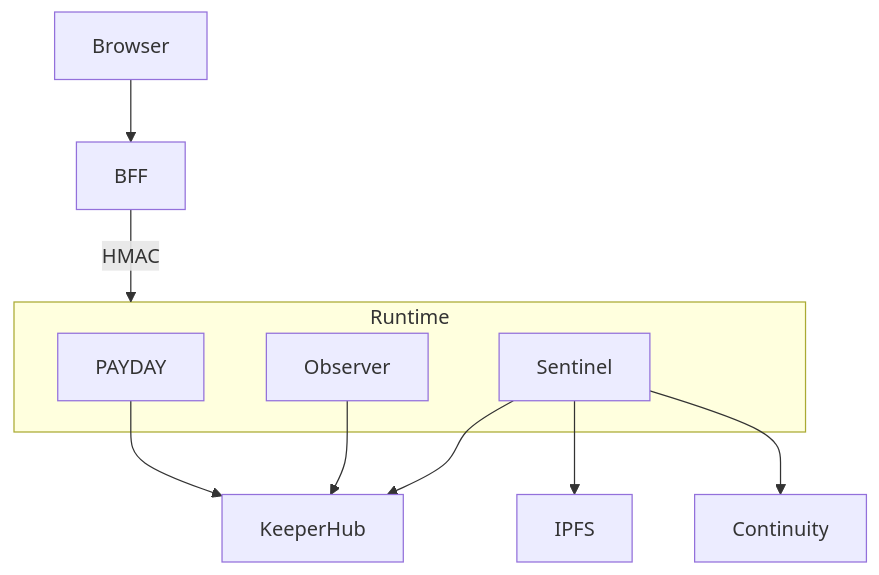
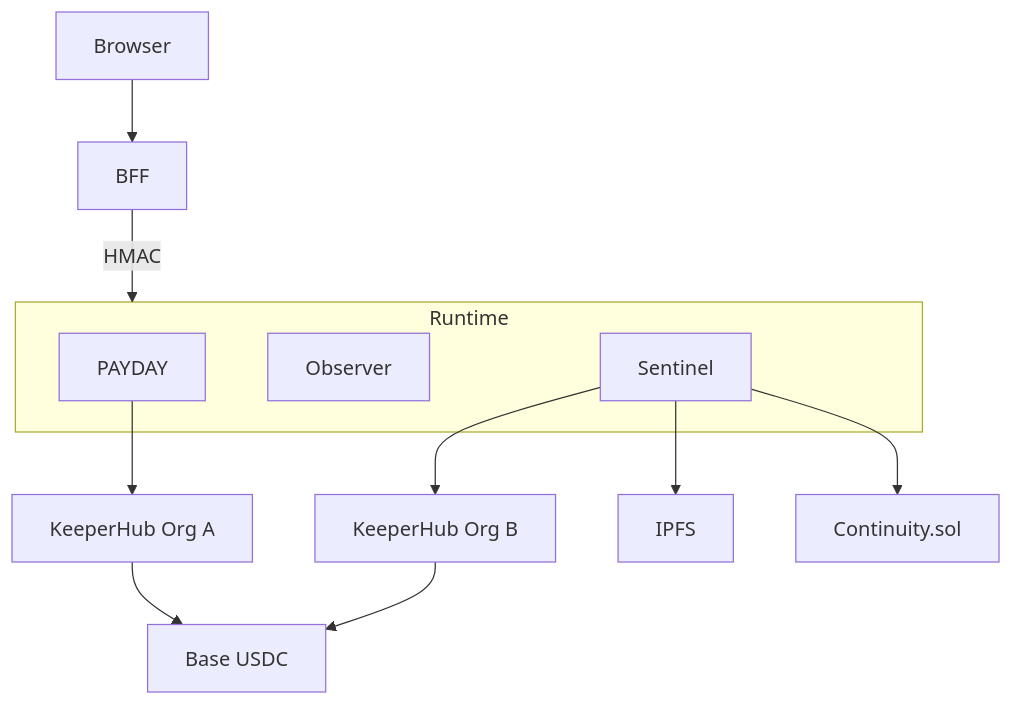
The second of 2 diagrams in README.md (mohamedwael201193/ember), drawn with Mermaid before and after one commit. The commit also changed other lines of this file and 98 other files, not shown here.

First line of the commit message:
Ship First-Place KeeperHub sprint: continuity kit, MCP evidence, provenance.

````diff
--- a/README.md
+++ b/README.md
@@ -113,15 +147,16 @@
 ```mermaid
 flowchart TB
   Browser --> BFF
   BFF -->|HMAC| Runtime
   subgraph Runtime
     PAYDAY
     Observer
     Sentinel
   end
-  PAYDAY --> KeeperHub
-  Observer --> KeeperHub
-  Sentinel --> KeeperHub
+  PAYDAY --> KH[KeeperHub Org A]
+  Sentinel --> KHB[KeeperHub Org B]
+  KH --> Base[Base USDC]
+  KHB --> Base
   Sentinel --> IPFS
-  Sentinel --> Continuity
+  Sentinel --> Cont[Continuity.sol]
 ```
````
